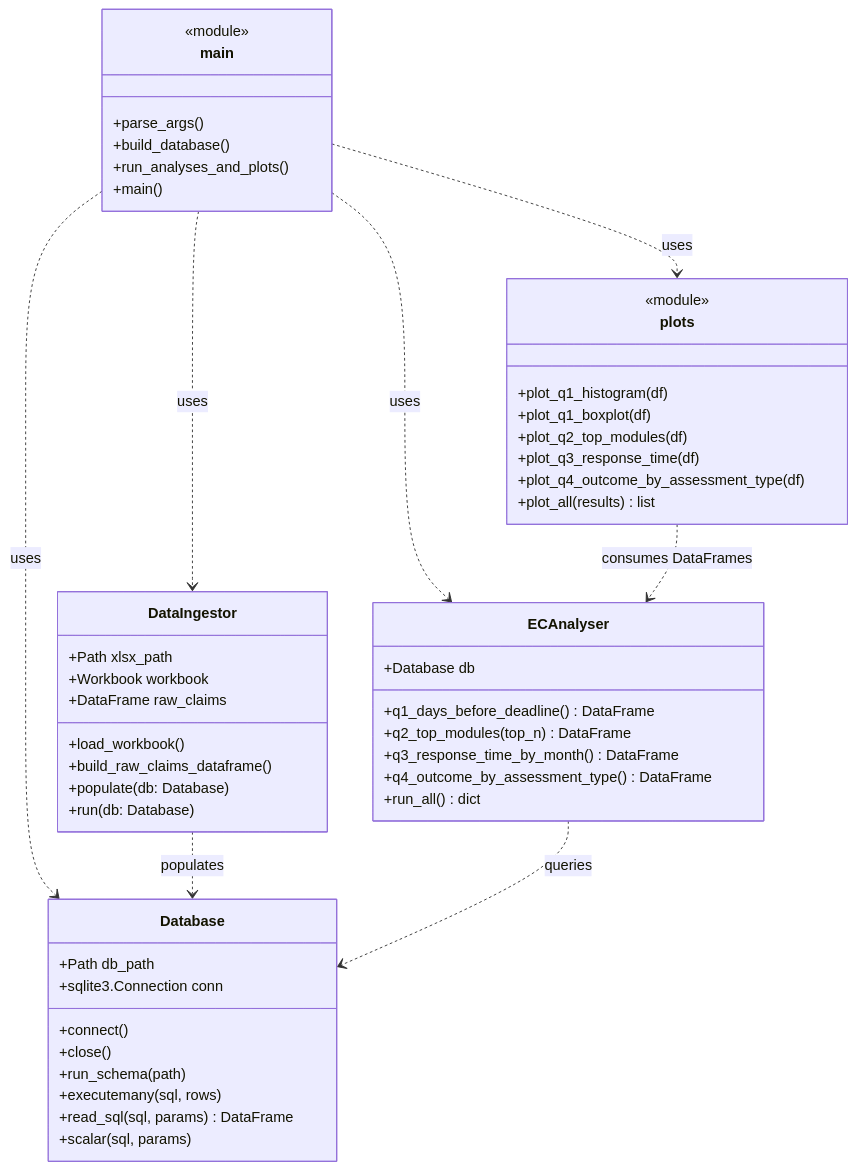
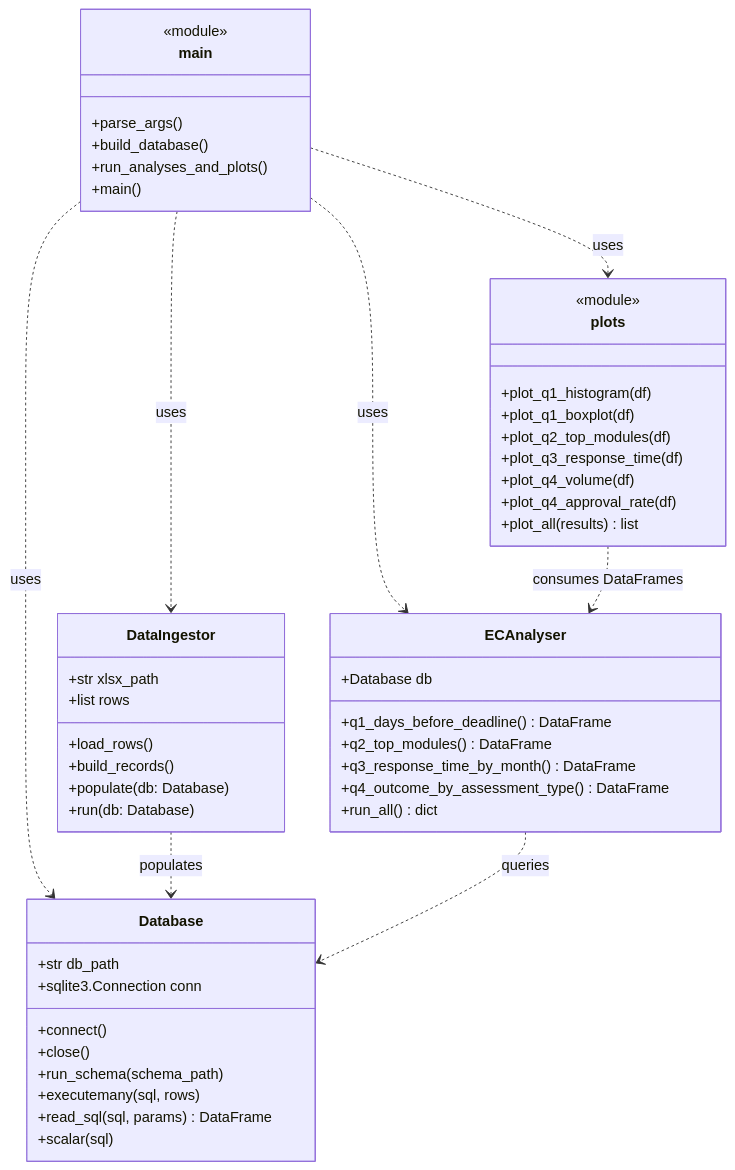
The first of 2 diagrams in doc/software_design.md (islammarjan2005-star/nottingham), drawn with Mermaid before and after one commit. The commit also changed other lines of this file and 16 other files, not shown here.

````diff
--- a/doc/software_design.md
+++ b/doc/software_design.md
@@ -11,58 +11,58 @@
 ```mermaid
 classDiagram
     class Database {
-        +Path db_path
+        +str db_path
         +sqlite3.Connection conn
         +connect()
         +close()
-        +run_schema(path)
+        +run_schema(schema_path)
         +executemany(sql, rows)
         +read_sql(sql, params) DataFrame
-        +scalar(sql, params)
+        +scalar(sql)
     }
 
     class DataIngestor {
-        +Path xlsx_path
-        +Workbook workbook
-        +DataFrame raw_claims
-        +load_workbook()
-        +build_raw_claims_dataframe()
+        +str xlsx_path
+        +list rows
+        +load_rows()
+        +build_records()
         +populate(db: Database)
         +run(db: Database)
     }
 
     class ECAnalyser {
         +Database db
         +q1_days_before_deadline() DataFrame
-        +q2_top_modules(top_n) DataFrame
+        +q2_top_modules() DataFrame
         +q3_response_time_by_month() DataFrame
         +q4_outcome_by_assessment_type() DataFrame
         +run_all() dict
     }
 
     class plots {
         <<module>>
         +plot_q1_histogram(df)
         +plot_q1_boxplot(df)
         +plot_q2_top_modules(df)
         +plot_q3_response_time(df)
-        +plot_q4_outcome_by_assessment_type(df)
+        +plot_q4_volume(df)
+        +plot_q4_approval_rate(df)
         +plot_all(results) list
     }
 
     class main {
         <<module>>
         +parse_args()
         +build_database()
         +run_analyses_and_plots()
         +main()
     }
 
     main ..> Database : uses
     main ..> DataIngestor : uses
     main ..> ECAnalyser : uses
     main ..> plots : uses
     DataIngestor ..> Database : populates
     ECAnalyser ..> Database : queries
     plots ..> ECAnalyser : consumes DataFrames
 ```
````
